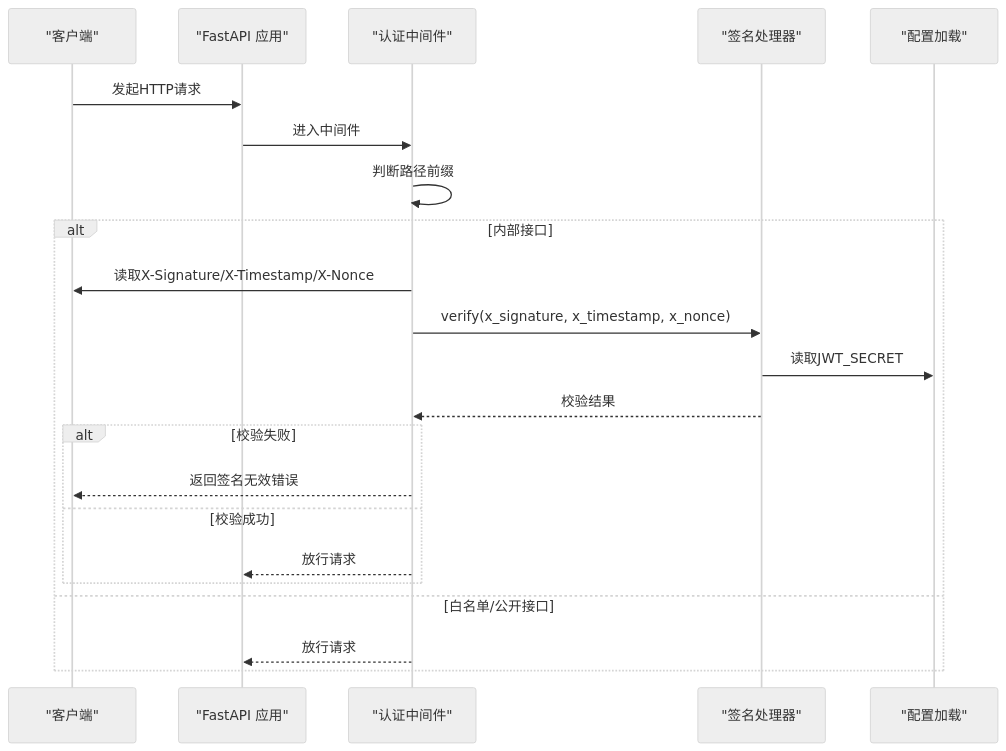
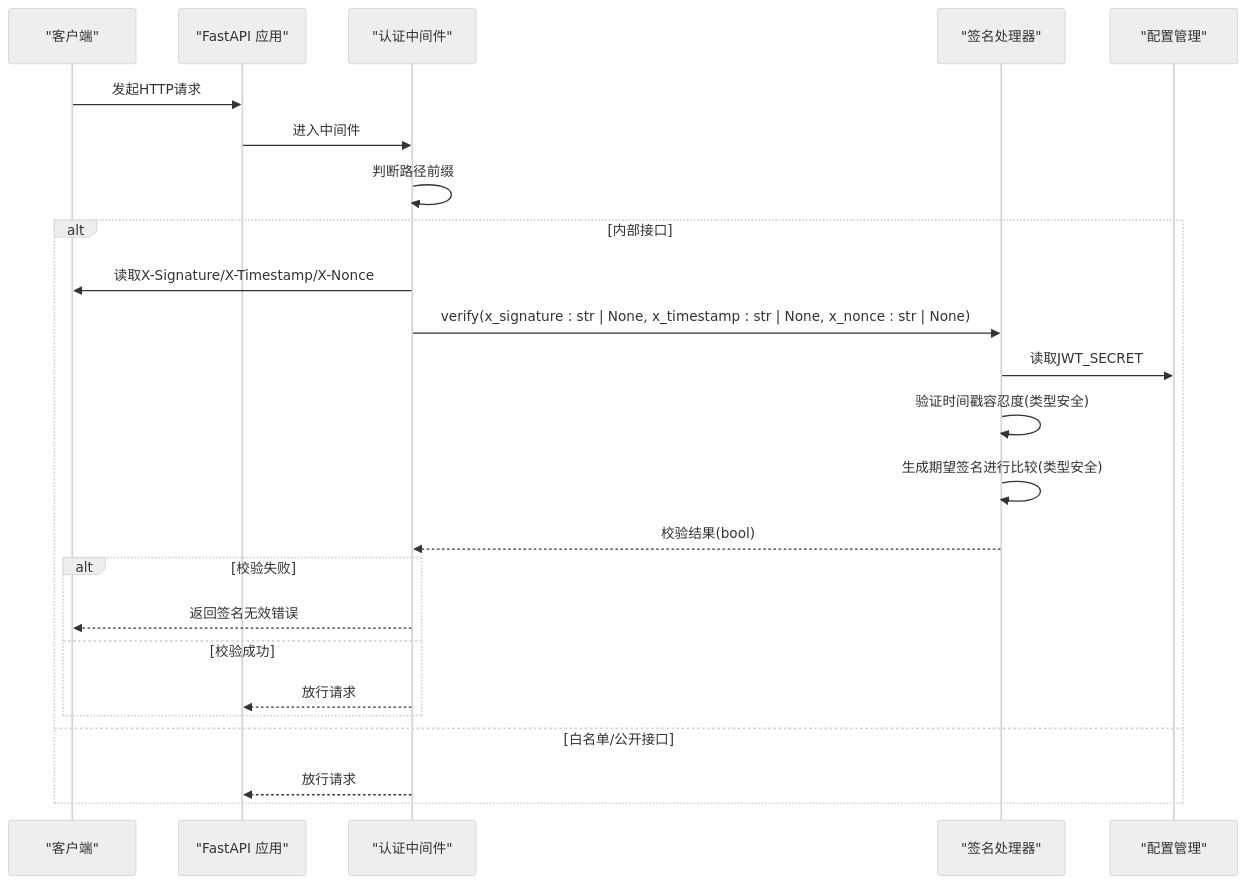
One commit to lilinzezzzzzz/fastapi-backend changed the second of 6 diagrams in .qoder/repowiki/zh/content/安全认证机制/签名认证机制.md. Above: the diagram before and after it, drawn with Mermaid (neutral theme). The commit also changed other lines of this file and 42 other files, not shown here.

````diff
--- a/.qoder/repowiki/zh/content/安全认证机制/签名认证机制.md
+++ b/.qoder/repowiki/zh/content/安全认证机制/签名认证机制.md
@@ -102,24 +117,26 @@
 ```mermaid
 sequenceDiagram
 participant Client as "客户端"
 participant App as "FastAPI 应用"
 participant MW as "认证中间件"
 participant Sig as "签名处理器"
-participant Cfg as "配置加载"
+participant Cfg as "配置管理"
 Client->>App : 发起HTTP请求
 App->>MW : 进入中间件
 MW->>MW : 判断路径前缀
 alt 内部接口
 MW->>Client : 读取X-Signature/X-Timestamp/X-Nonce
-MW->>Sig : verify(x_signature, x_timestamp, x_nonce)
+MW->>Sig : verify(x_signature : str | None, x_timestamp : str | None, x_nonce : str | None)
 Sig->>Cfg : 读取JWT_SECRET
-Sig-->>MW : 校验结果
+Sig->>Sig : 验证时间戳容忍度(类型安全)
+Sig->>Sig : 生成期望签名进行比较(类型安全)
+Sig-->>MW : 校验结果(bool)
 alt 校验失败
 MW-->>Client : 返回签名无效错误
 else 校验成功
 MW-->>App : 放行请求
 end
 else 白名单/公开接口
 MW-->>App : 放行请求
 end
 ```
````
